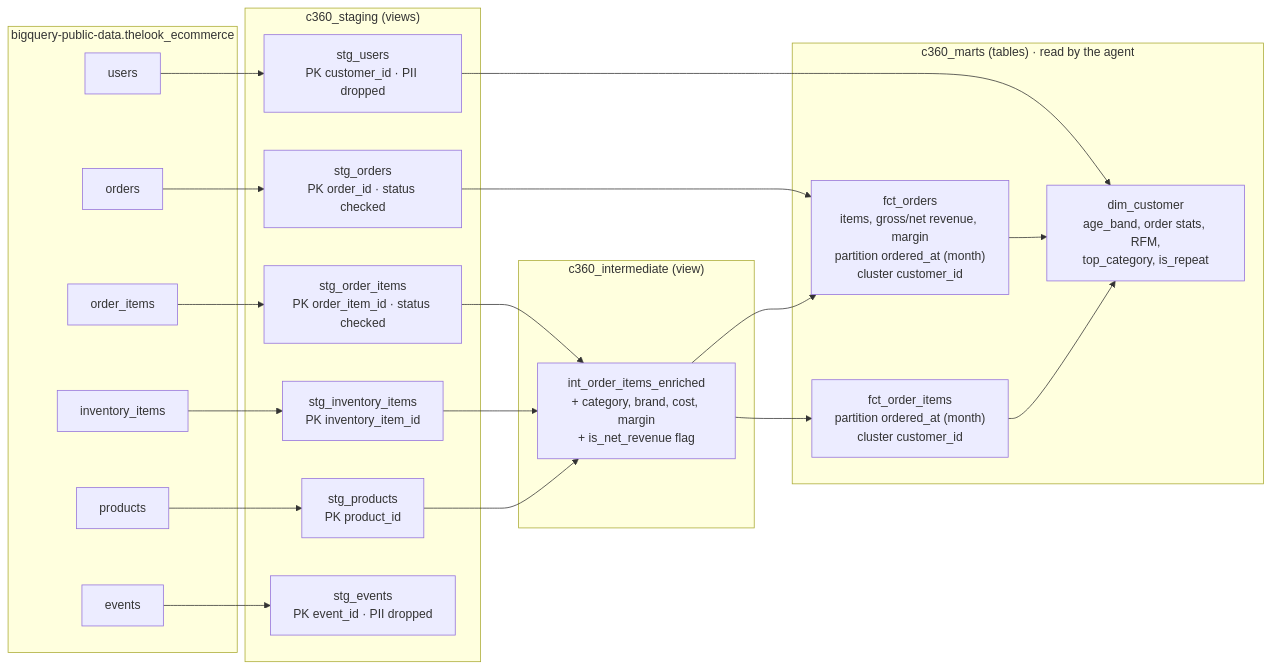
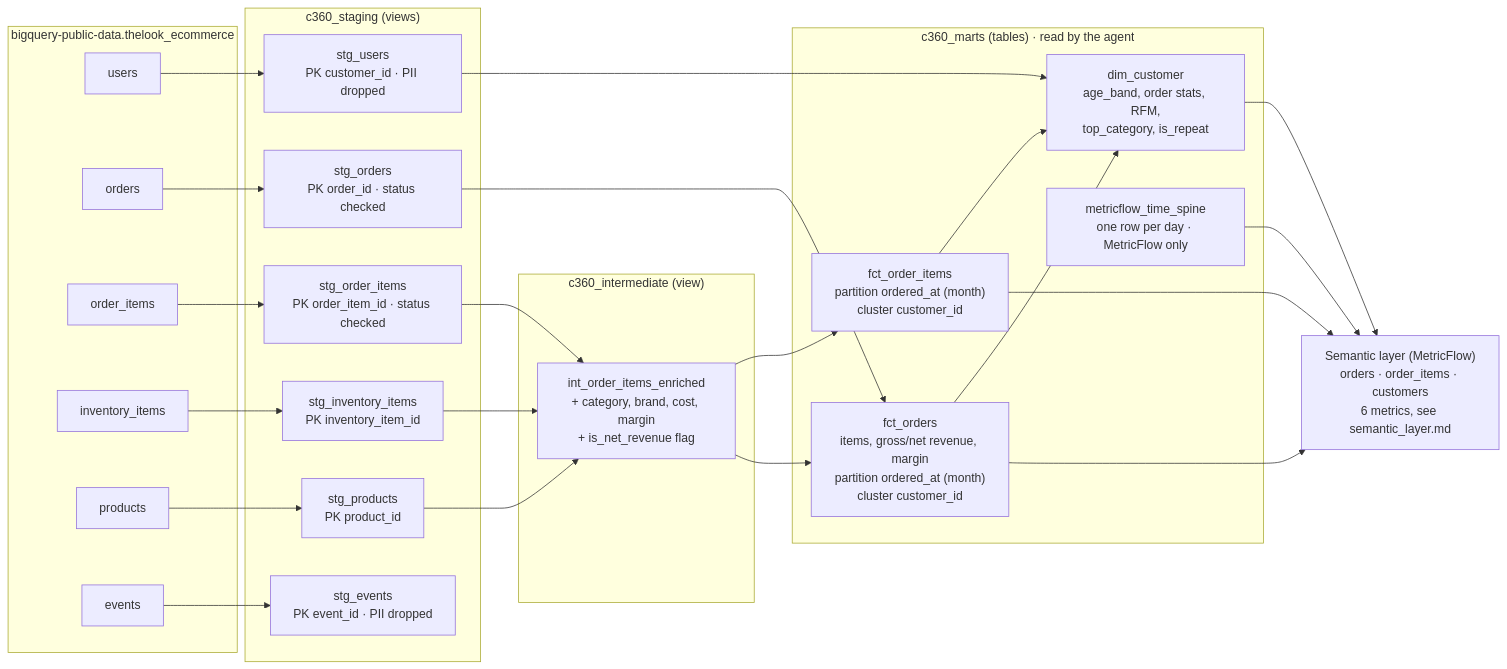
One commit to Nil-VJ/customer-360-agent changed the diagram in docs/lineage.md. Above: the diagram before and after it, drawn with Mermaid. The commit also changed 8 other files, not shown here.

First line of the commit message:
Phase 4: MetricFlow semantic layer and query_metric tool

````diff
--- a/docs/lineage.md
+++ b/docs/lineage.md
@@ -6,48 +6,56 @@
 ```mermaid
 flowchart LR
   subgraph src["bigquery-public-data.thelook_ecommerce"]
     users
     orders
     order_items
     inventory_items
     products
     events
   end
 
   subgraph stg["c360_staging (views)"]
     stg_users["stg_users<br/>PK customer_id · PII dropped"]
     stg_orders["stg_orders<br/>PK order_id · status checked"]
     stg_order_items["stg_order_items<br/>PK order_item_id · status checked"]
     stg_inventory_items["stg_inventory_items<br/>PK inventory_item_id"]
     stg_products["stg_products<br/>PK product_id"]
     stg_events["stg_events<br/>PK event_id · PII dropped"]
   end
 
   subgraph int["c360_intermediate (view)"]
     int_order_items_enriched["int_order_items_enriched<br/>+ category, brand, cost, margin<br/>+ is_net_revenue flag"]
   end
 
   subgraph marts["c360_marts (tables) · read by the agent"]
     fct_order_items["fct_order_items<br/>partition ordered_at (month)<br/>cluster customer_id"]
     fct_orders["fct_orders<br/>items, gross/net revenue, margin<br/>partition ordered_at (month)<br/>cluster customer_id"]
     dim_customer["dim_customer<br/>age_band, order stats, RFM,<br/>top_category, is_repeat"]
+    spine["metricflow_time_spine<br/>one row per day · MetricFlow only"]
   end
+
+  semantic["Semantic layer (MetricFlow)<br/>orders · order_items · customers<br/>6 metrics, see semantic_layer.md"]
 
   users --> stg_users
   orders --> stg_orders
   order_items --> stg_order_items
   inventory_items --> stg_inventory_items
   products --> stg_products
   events --> stg_events
 
   stg_order_items --> int_order_items_enriched
   stg_products --> int_order_items_enriched
   stg_inventory_items --> int_order_items_enriched
 
   int_order_items_enriched --> fct_order_items
   int_order_items_enriched --> fct_orders
   stg_orders --> fct_orders
   stg_users --> dim_customer
   fct_orders --> dim_customer
   fct_order_items --> dim_customer
+
+  fct_orders --> semantic
+  fct_order_items --> semantic
+  dim_customer --> semantic
+  spine --> semantic
 ```
````
